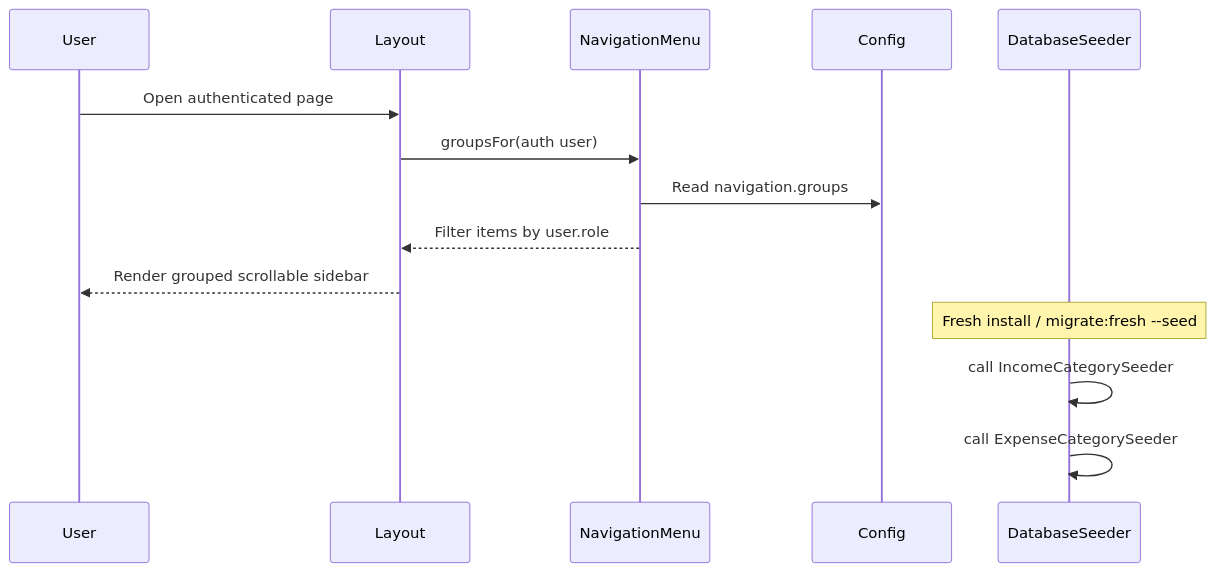
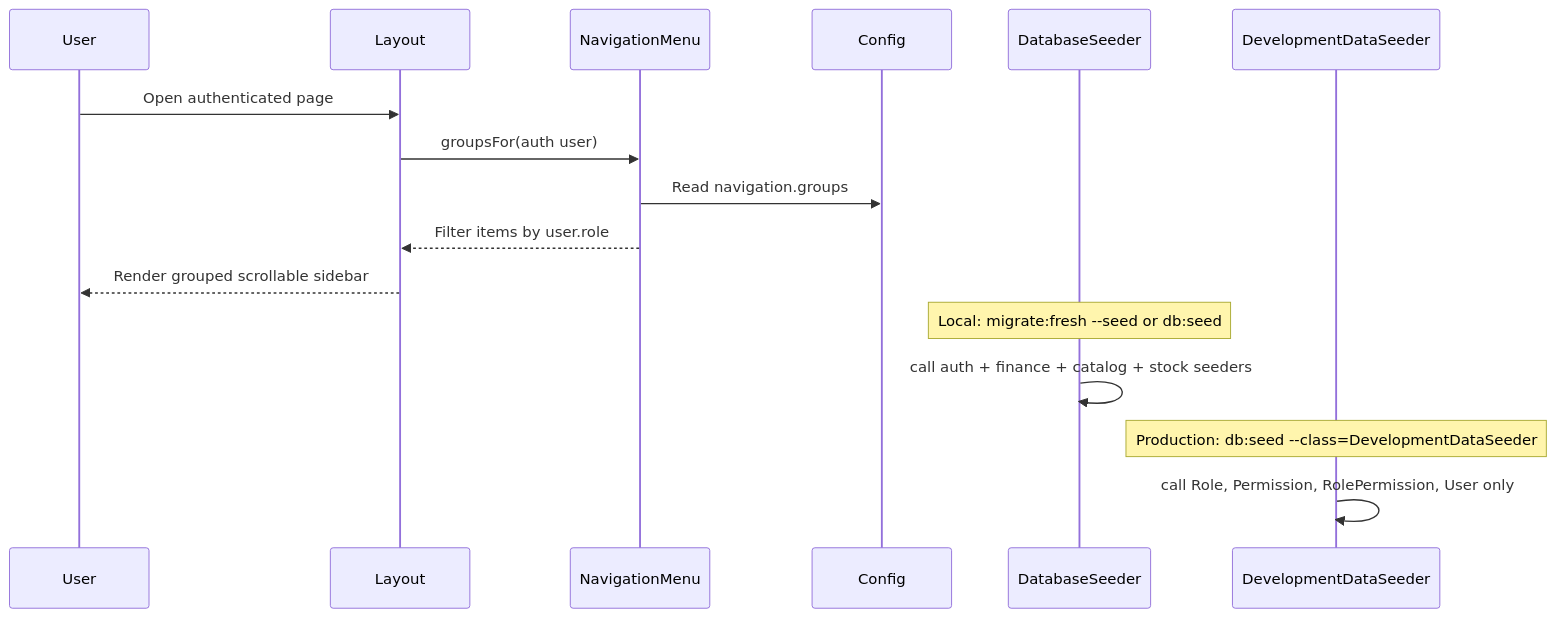
The diagram in docs/flows/phase-6-epic-1-foundation-navigation-sequence.md (ThawHtooZin/Zarliminnwe_Clinic), drawn with Mermaid before and after one commit. The commit also changed other lines of this file and 7 other files, not shown here.

````diff
--- a/docs/flows/phase-6-epic-1-foundation-navigation-sequence.md
+++ b/docs/flows/phase-6-epic-1-foundation-navigation-sequence.md
@@ -9,18 +9,21 @@
 ```mermaid
 sequenceDiagram
     participant User
     participant Layout
     participant NavigationMenu
     participant Config
     participant DatabaseSeeder
+    participant DevelopmentDataSeeder
 
     User->>Layout: Open authenticated page
     Layout->>NavigationMenu: groupsFor(auth user)
     NavigationMenu->>Config: Read navigation.groups
     NavigationMenu-->>Layout: Filter items by user.role
     Layout-->>User: Render grouped scrollable sidebar
 
-    Note over DatabaseSeeder: Fresh install / migrate:fresh --seed
-    DatabaseSeeder->>DatabaseSeeder: call IncomeCategorySeeder
-    DatabaseSeeder->>DatabaseSeeder: call ExpenseCategorySeeder
+    Note over DatabaseSeeder: Local: migrate:fresh --seed or db:seed
+    DatabaseSeeder->>DatabaseSeeder: call auth + finance + catalog + stock seeders
+
+    Note over DevelopmentDataSeeder: Production: db:seed --class=DevelopmentDataSeeder
+    DevelopmentDataSeeder->>DevelopmentDataSeeder: call Role, Permission, RolePermission, User only
 ```
````
